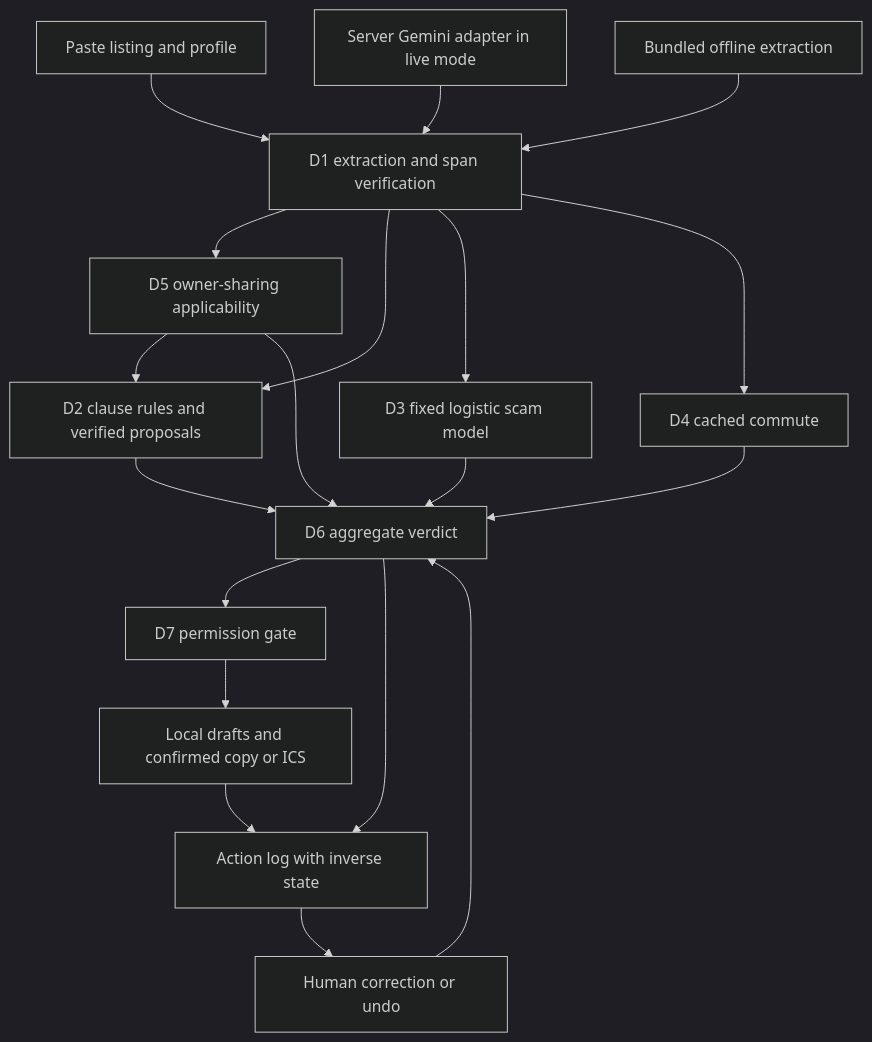
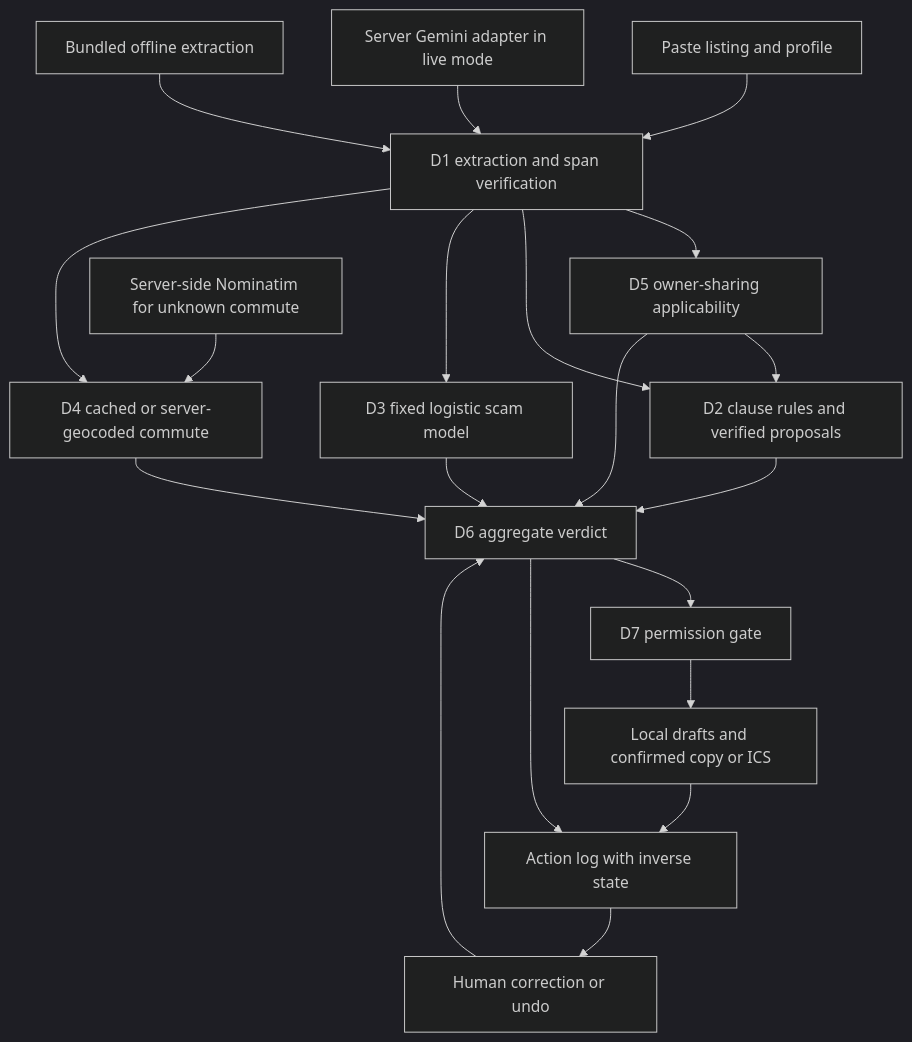
The diagram in docs/ARCHITECTURE.md (dsnothing/sublet-bouncer), drawn with Mermaid (dark theme) before and after one commit. The commit also changed other lines of this file and 7 other files, not shown here.

````diff
--- a/docs/ARCHITECTURE.md
+++ b/docs/ARCHITECTURE.md
@@ -3,21 +3,22 @@
 ```mermaid
 flowchart TD
   P[Paste listing and profile] --> D1[D1 extraction and span verification]
   G[Server Gemini adapter in live mode] --> D1
   O[Bundled offline extraction] --> D1
   D1 --> D5[D5 owner-sharing applicability]
   D1 --> D2[D2 clause rules and verified proposals]
   D5 --> D2
   D1 --> D3[D3 fixed logistic scam model]
-  D1 --> D4[D4 cached commute]
+  D1 --> D4[D4 cached or server-geocoded commute]
+  N[Server-side Nominatim for unknown commute] --> D4
   D2 --> D6[D6 aggregate verdict]
   D3 --> D6
   D4 --> D6
   D5 --> D6
   D6 --> D7[D7 permission gate]
   D7 --> A[Local drafts and confirmed copy or ICS]
   A --> L[Action log with inverse state]
   D6 --> L
   L --> H[Human correction or undo]
   H --> D6
 ```
````
